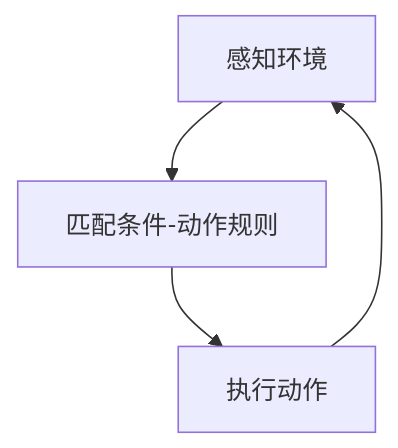
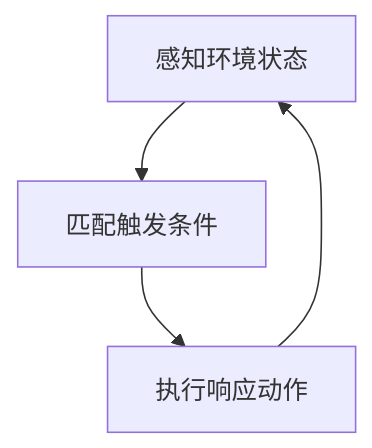
The first of 5 diagrams in docs/md/agent/agent五种设计模式.md (wychmod/wychmod.github.io), drawn with Mermaid before and after one commit. The commit also changed other lines of this file, not shown here.

````diff
--- a/docs/md/agent/agent五种设计模式.md
+++ b/docs/md/agent/agent五种设计模式.md
@@ -15,6 +16,6 @@
 ```mermaid
 flowchart TD
-    A[感知环境] --> B[匹配条件-动作规则]
-    B --> C[执行动作]
+    A[感知环境状态] --> B[匹配触发条件]
+    B --> C[执行响应动作]
     C --> A
 ```
````
